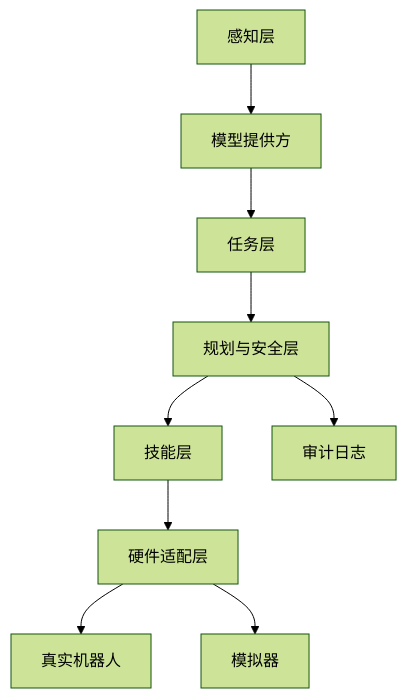
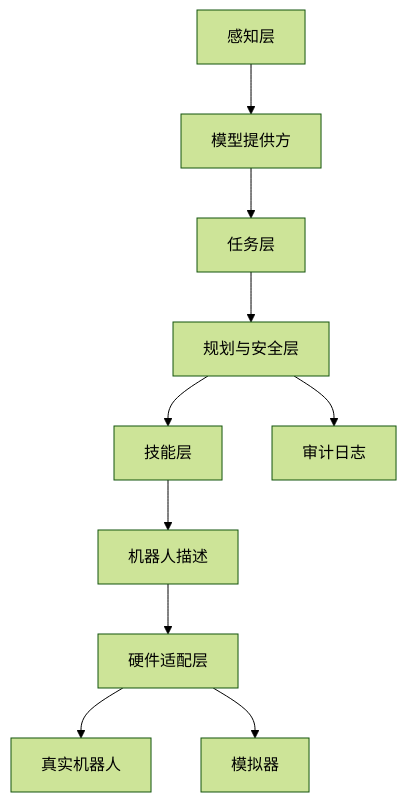
The diagram in docs/architecture.md (weixiubo/OpenEI), drawn with Mermaid (forest theme) before and after one commit. The commit also changed other lines of this file and 20 other files, not shown here.

````diff
--- a/docs/architecture.md
+++ b/docs/architecture.md
@@ -7,11 +7,12 @@
 ```mermaid
 flowchart TB
     A[感知层] --> B[模型提供方]
     B --> C[任务层]
     C --> D[规划与安全层]
     D --> E[技能层]
-    E --> F[硬件适配层]
-    F --> G[真实机器人]
-    F --> H[模拟器]
-    D --> I[审计日志]
+    E --> F[机器人描述]
+    F --> G[硬件适配层]
+    G --> H[真实机器人]
+    G --> I[模拟器]
+    D --> J[审计日志]
 ```
````
